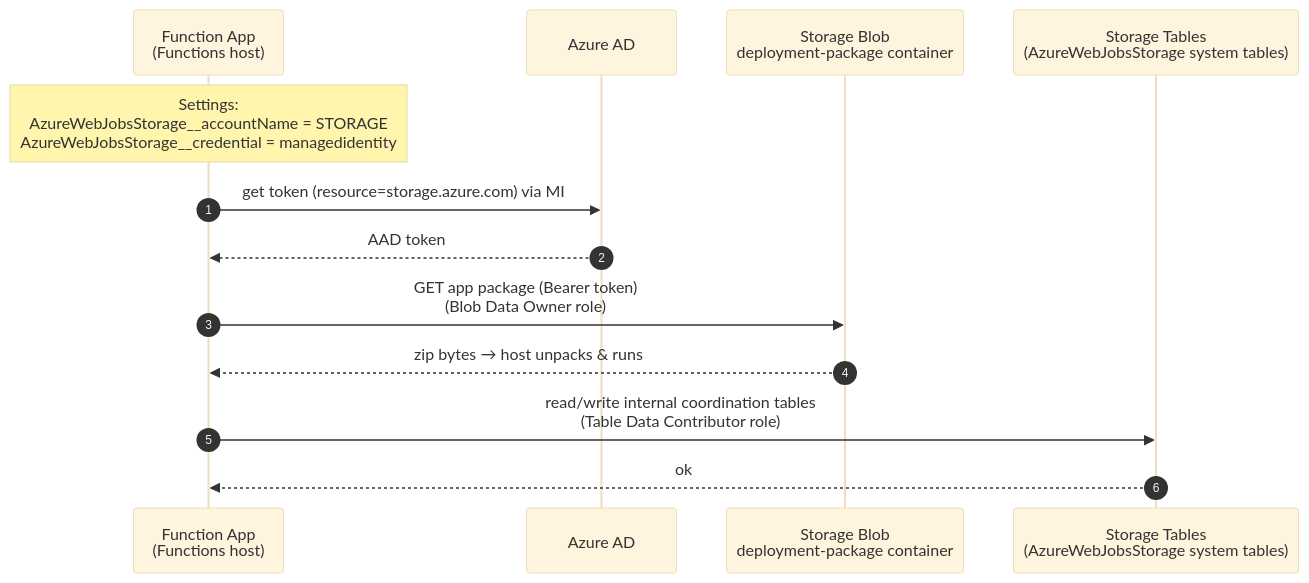
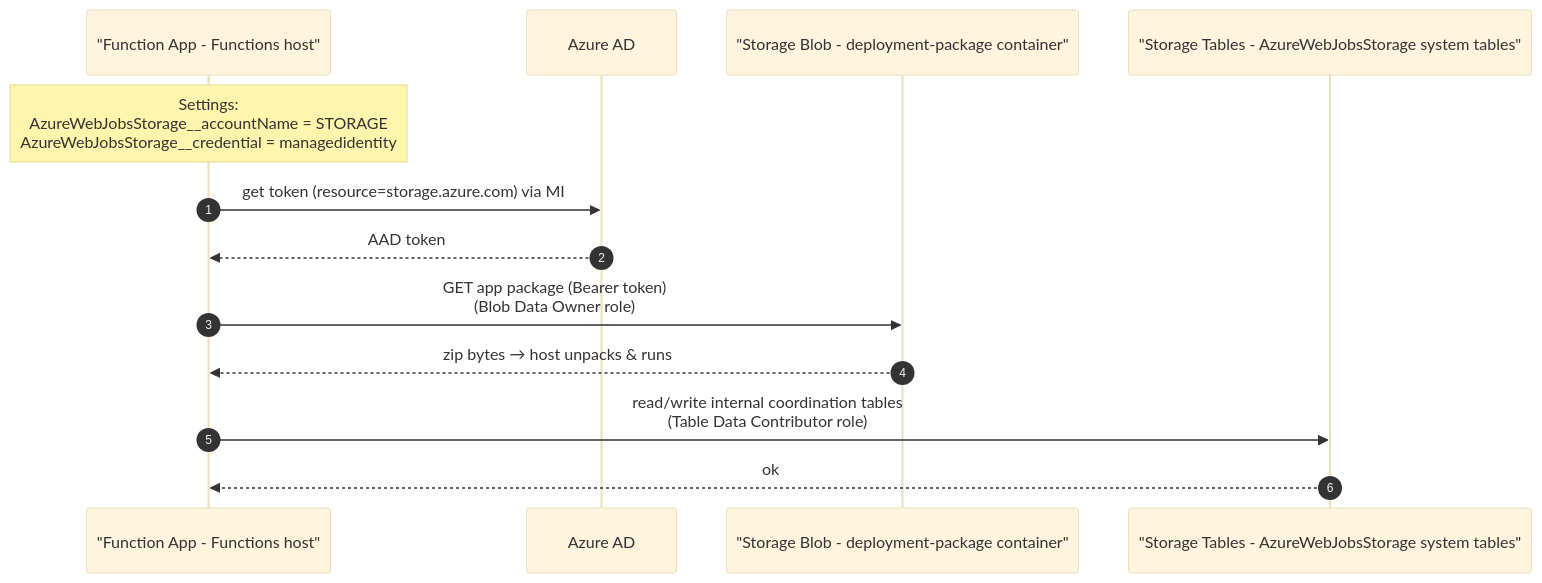
Before and after one commit to ganguly298/Portfolio-project: the seventh of 8 diagrams in README.md, drawn with Mermaid (base theme). The commit also changed other lines of this file, not shown here.

Commit message:
Fix mermaid sequence diagrams

````diff
--- a/README.md
+++ b/README.md
@@ -457,18 +457,18 @@
 ```mermaid
 sequenceDiagram
     autonumber
-    participant F as Function App<br/>(Functions host)
+    participant F as "Function App - Functions host"
     participant AAD as Azure AD
-    participant Blob as Storage Blob<br/>deployment-package container
-    participant Tbl as Storage Tables<br/>(AzureWebJobsStorage system tables)
+    participant Blob as "Storage Blob - deployment-package container"
+    participant Tbl as "Storage Tables - AzureWebJobsStorage system tables"
 
     Note over F: Settings:<br/>AzureWebJobsStorage__accountName = STORAGE<br/>AzureWebJobsStorage__credential   = managedidentity
     F->>AAD: get token (resource=storage.azure.com) via MI
     AAD-->>F: AAD token
 
     F->>Blob: GET app package (Bearer token)<br/>(Blob Data Owner role)
     Blob-->>F: zip bytes → host unpacks & runs
 
     F->>Tbl: read/write internal coordination tables<br/>(Table Data Contributor role)
     Tbl-->>F: ok
 ```
````
